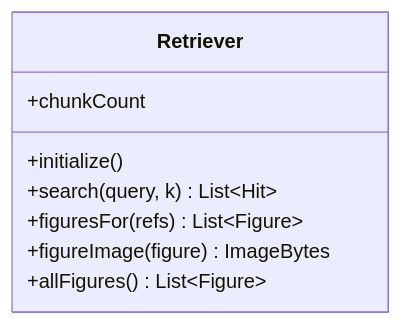
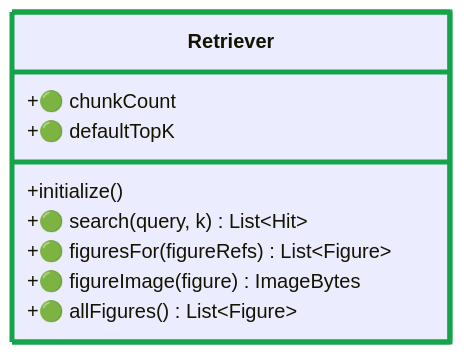
Before and after one commit to SzatanKluska/MCPSWEBOK: diagram 15 of 19 in docs/architecture/system-class-diagram.md, drawn with Mermaid. The commit also changed other lines of this file and 2 other files, not shown here.

Commit message:
update system-class-diagram

````diff
--- a/docs/architecture/system-class-diagram.md
+++ b/docs/architecture/system-class-diagram.md
@@ -413,11 +654,13 @@
 ```mermaid
 classDiagram
   class Retriever {
     +initialize()
-    +search(query, k) List~Hit~
-    +figuresFor(refs) List~Figure~
-    +figureImage(figure) ImageBytes
-    +allFigures() List~Figure~
-    +chunkCount
+    +🟢 search(query, k) List~Hit~
+    +🟢 figuresFor(figureRefs) List~Figure~
+    +🟢 figureImage(figure) ImageBytes
+    +🟢 allFigures() List~Figure~
+    +🟢 chunkCount
+    +🟢 defaultTopK
   }
+  style Retriever stroke:#16A34A,stroke-width:4px
 ```
````
